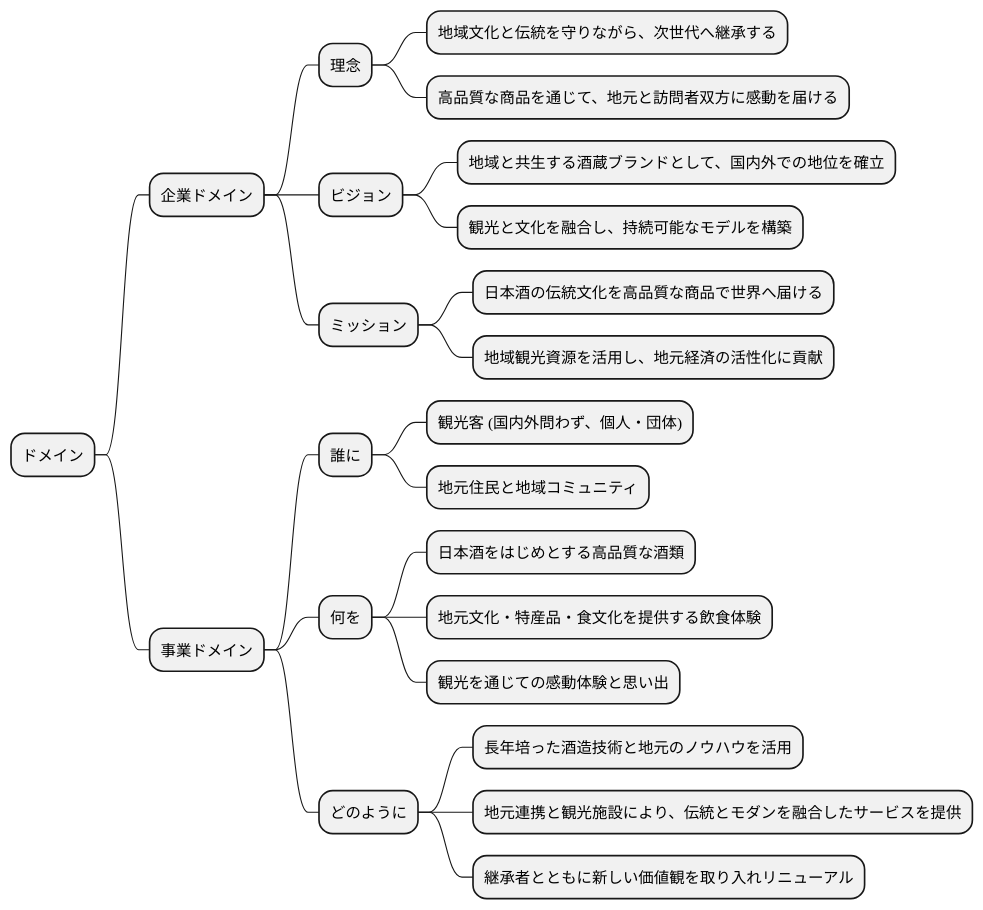
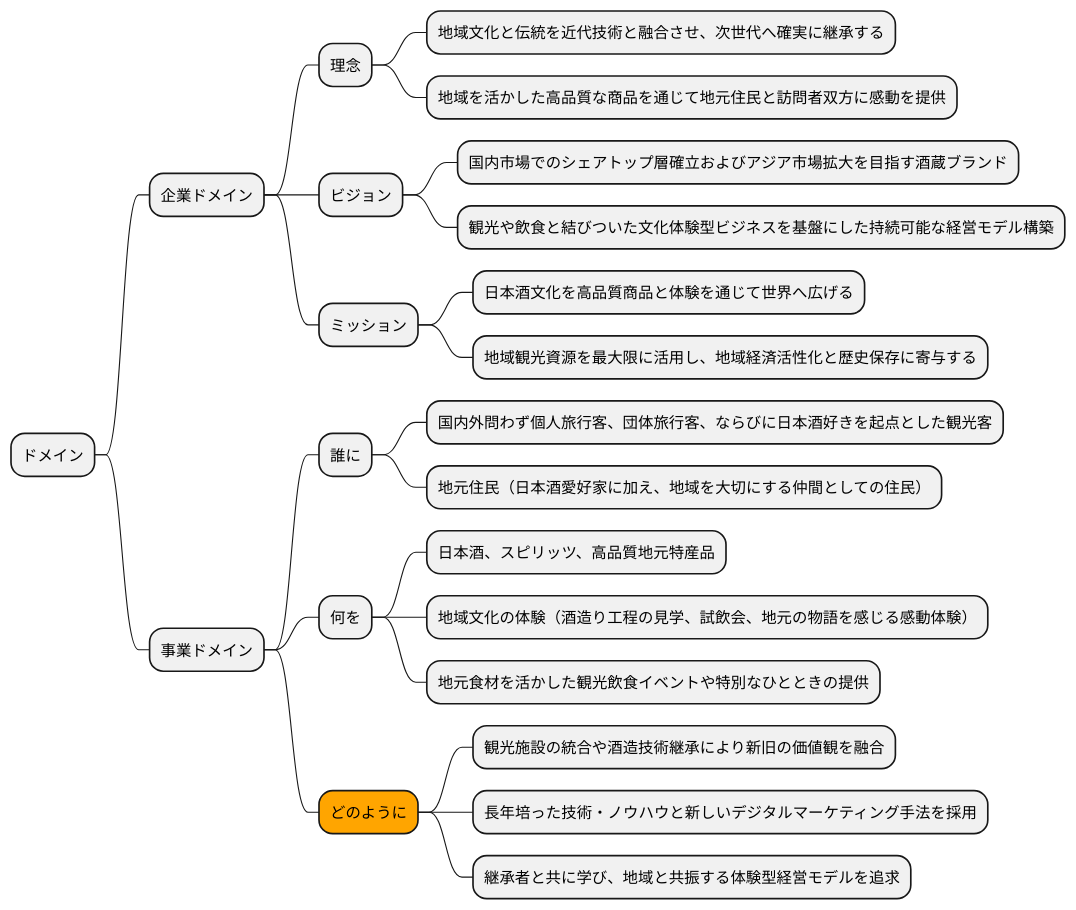
One commit to k2works/case-study-business-analysis changed the fifth of 19 diagrams in docs/case/r02_case_1.adoc. Above: the diagram before and after it, drawn with PlantUML. The commit also changed other lines of this file, not shown here.

```diff
--- a/docs/case/r02_case_1.adoc
+++ b/docs/case/r02_case_1.adoc
@@ -191,30 +204,30 @@
 [plantuml]
 ----
 @startmindmap
 
 * ドメイン
 ** 企業ドメイン
 *** 理念
-**** 地域文化と伝統を守りながら、次世代へ継承する
-**** 高品質な商品を通じて、地元と訪問者双方に感動を届ける
+**** 地域文化と伝統を近代技術と融合させ、次世代へ確実に継承する
+**** 地域を活かした高品質な商品を通じて地元住民と訪問者双方に感動を提供
 *** ビジョン
-**** 地域と共生する酒蔵ブランドとして、国内外での地位を確立
-**** 観光と文化を融合し、持続可能なモデルを構築
+**** 国内市場でのシェアトップ層確立およびアジア市場拡大を目指す酒蔵ブランド
+**** 観光や飲食と結びついた文化体験型ビジネスを基盤にした持続可能な経営モデル構築
 *** ミッション
-**** 日本酒の伝統文化を高品質な商品で世界へ届ける
-**** 地域観光資源を活用し、地元経済の活性化に貢献
+**** 日本酒文化を高品質商品と体験を通じて世界へ広げる
+**** 地域観光資源を最大限に活用し、地域経済活性化と歴史保存に寄与する
 ** 事業ドメイン
 *** 誰に
-**** 観光客 (国内外問わず、個人・団体)
-**** 地元住民と地域コミュニティ
+**** 国内外問わず個人旅行客、団体旅行客、ならびに日本酒好きを起点とした観光客
+**** 地元住民（日本酒愛好家に加え、地域を大切にする仲間としての住民）
 *** 何を
-**** 日本酒をはじめとする高品質な酒類
-**** 地元文化・特産品・食文化を提供する飲食体験
-**** 観光を通じての感動体験と思い出
-*** どのように
-**** 長年培った酒造技術と地元のノウハウを活用
-**** 地元連携と観光施設により、伝統とモダンを融合したサービスを提供
-**** 継承者とともに新しい価値観を取り入れリニューアル
+**** 日本酒、スピリッツ、高品質地元特産品
+**** 地域文化の体験（酒造り工程の見学、試飲会、地元の物語を感じる感動体験）
+**** 地元食材を活かした観光飲食イベントや特別なひとときの提供
+***[#orange] どのように
+**** 観光施設の統合や酒造技術継承により新旧の価値観を融合
+**** 長年培った技術・ノウハウと新しいデジタルマーケティング手法を採用
+**** 継承者と共に学び、地域と共振する体験型経営モデルを追求
 
 @endmindmap
 ----
```
